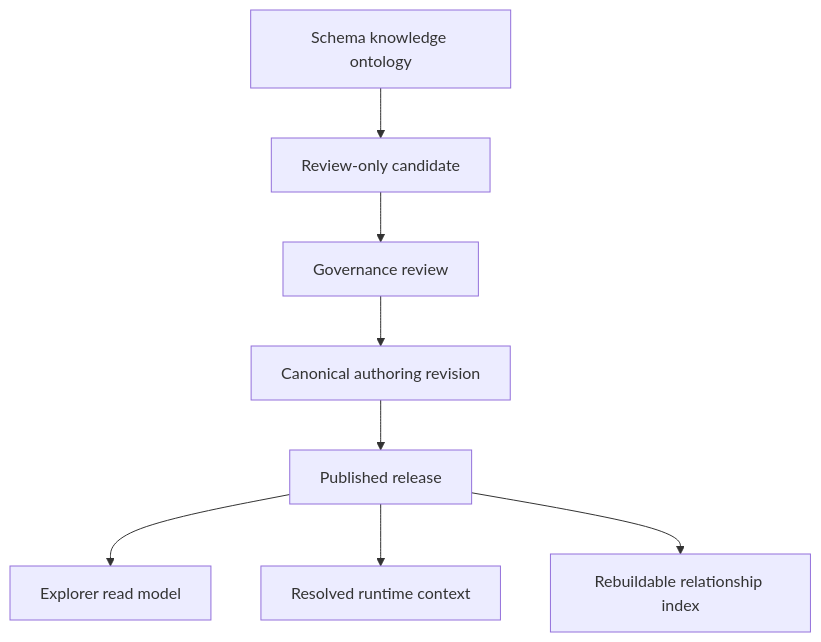
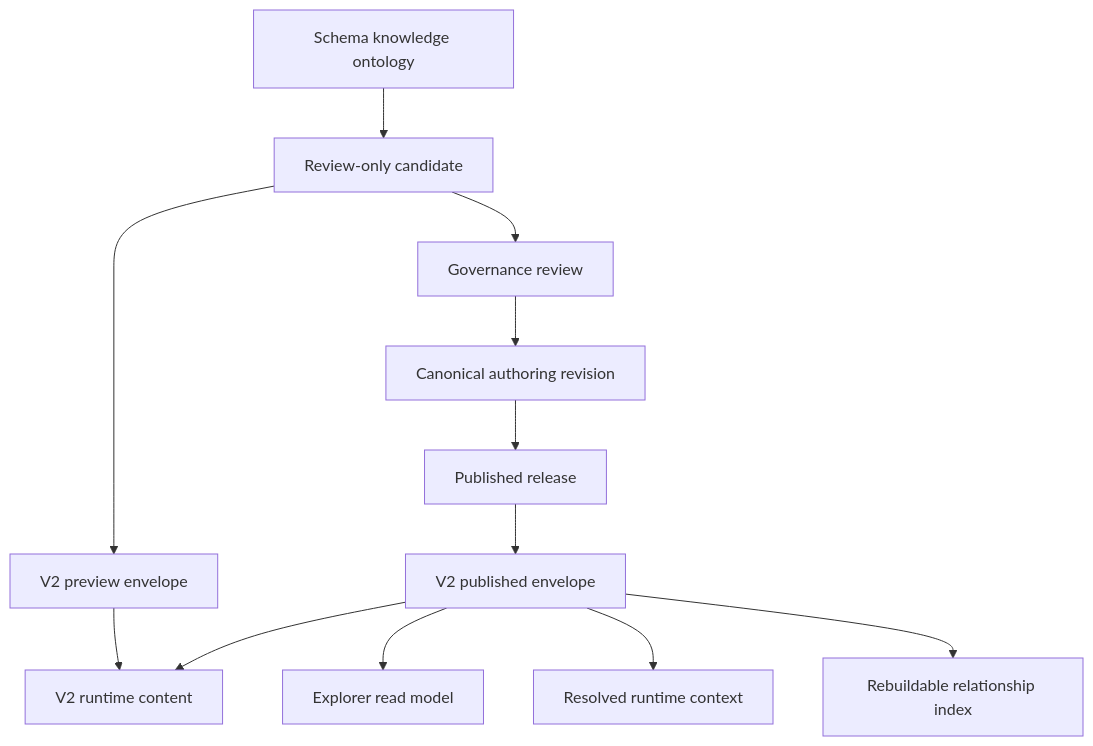
Before and after one commit to LienJack/data-agent: the second of 4 diagrams in docs/plans/2026-08-22-004-refactor-semantic-architecture-billing-retirement-plan.md, drawn with Mermaid. The commit also changed other lines of this file, not shown here.

````diff
--- a/docs/plans/2026-08-22-004-refactor-semantic-architecture-billing-retirement-plan.md
+++ b/docs/plans/2026-08-22-004-refactor-semantic-architecture-billing-retirement-plan.md
@@ -181,10 +195,14 @@
 ```mermaid
 flowchart TB
   Sources[Schema knowledge ontology] --> Candidate[Review-only candidate]
+  Candidate --> Preview[V2 preview envelope]
   Candidate --> Review[Governance review]
   Review --> Revision[Canonical authoring revision]
   Revision --> Release[Published release]
-  Release --> ReadModel[Explorer read model]
-  Release --> Runtime[Resolved runtime context]
-  Release --> Index[Rebuildable relationship index]
+  Release --> Published[V2 published envelope]
+  Preview --> Content[V2 runtime content]
+  Published --> Content
+  Published --> ReadModel[Explorer read model]
+  Published --> Runtime[Resolved runtime context]
+  Published --> Index[Rebuildable relationship index]
 ```
````
